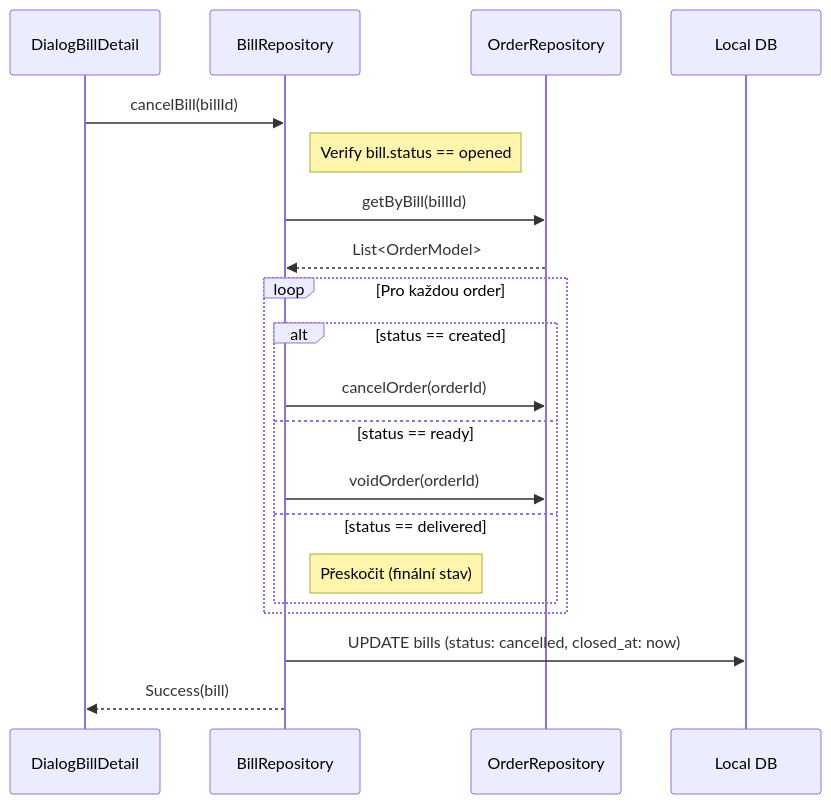
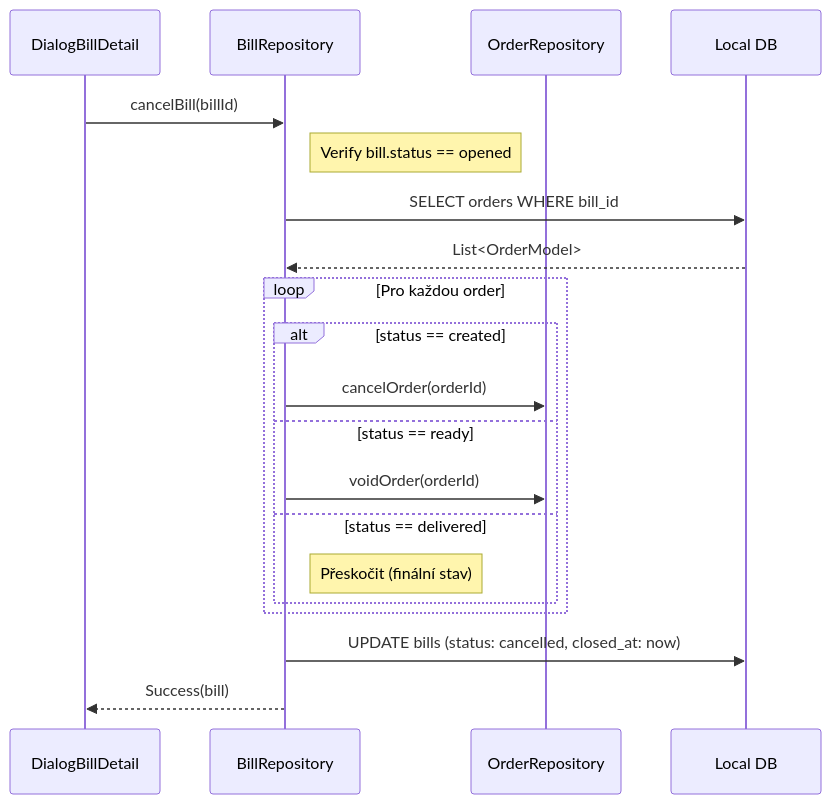
The tenth of 12 diagrams in PROJECT.md (Tomakas/deskpos), drawn with Mermaid before and after one commit. The commit also changed other lines of this file and 58 other files, not shown here.

````diff
--- a/PROJECT.md
+++ b/PROJECT.md
@@ -1711,26 +1715,26 @@
 ```mermaid
 sequenceDiagram
     participant UI as DialogBillDetail
     participant BR as BillRepository
     participant OR as OrderRepository
     participant DB as Local DB
 
     UI->>BR: cancelBill(billId)
     Note right of BR: Verify bill.status == opened
 
-    BR->>OR: getByBill(billId)
-    OR-->>BR: List<OrderModel>
+    BR->>DB: SELECT orders WHERE bill_id
+    DB-->>BR: List<OrderModel>
 
     loop Pro každou order
         alt status == created
             BR->>OR: cancelOrder(orderId)
         else status == ready
             BR->>OR: voidOrder(orderId)
         else status == delivered
             Note right of BR: Přeskočit (finální stav)
         end
     end
 
     BR->>DB: UPDATE bills (status: cancelled, closed_at: now)
     BR-->>UI: Success(bill)
 ```
````
